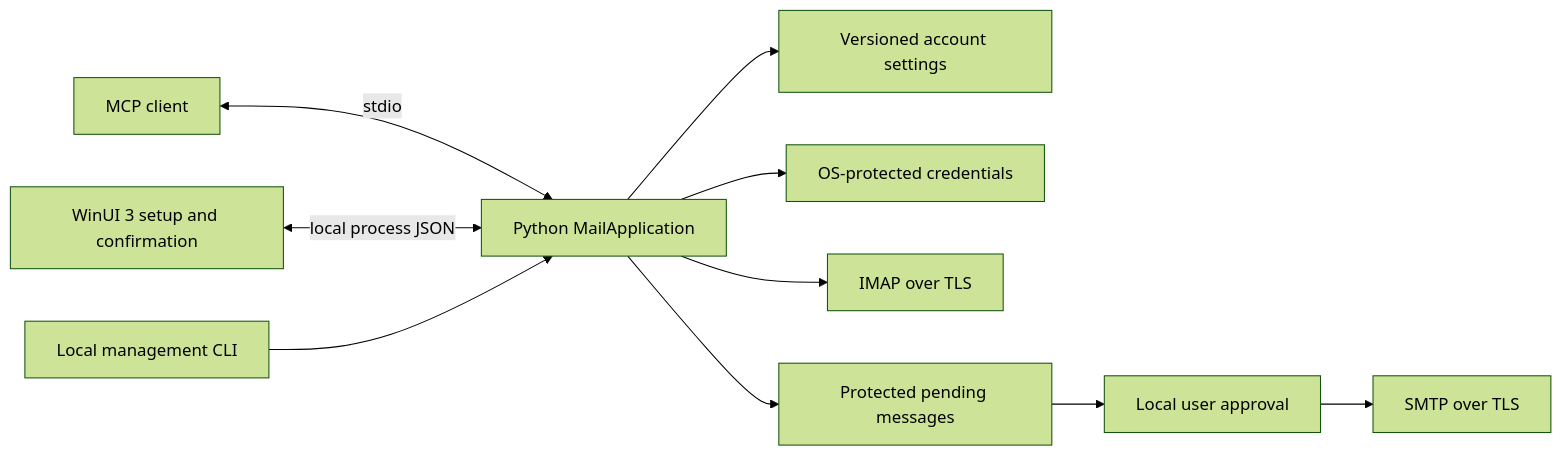
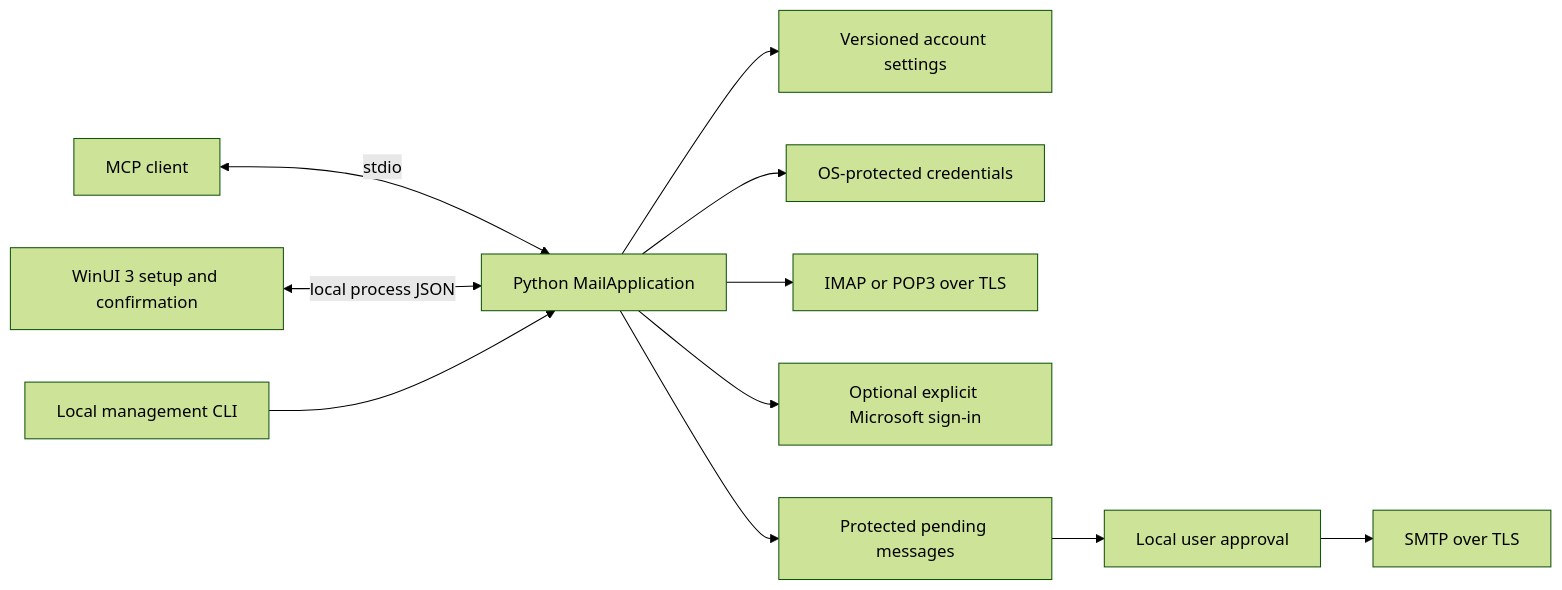
The diagram in docs/ARCHITECTURE.md (umbertotechnopreneur/AgentInbox), drawn with Mermaid (forest theme) before and after one commit. The commit also changed other lines of this file and 26 other files, not shown here.

Commit message:
Document mail protocols and explicit Microsoft authentication [skip ci]

````diff
--- a/docs/ARCHITECTURE.md
+++ b/docs/ARCHITECTURE.md
@@ -7,12 +7,13 @@
 ```mermaid
 flowchart LR
     CLIENT[MCP client] <-->|stdio| PY[Python MailApplication]
     UI[WinUI 3 setup and confirmation] <-->|local process JSON| PY
     CLI[Local management CLI] --> PY
     PY --> CONFIG[Versioned account settings]
     PY --> VAULT[OS-protected credentials]
-    PY --> IMAP[IMAP over TLS]
+    PY --> MAIL[IMAP or POP3 over TLS]
+    PY --> AUTH[Optional explicit Microsoft sign-in]
     PY --> PENDING[Protected pending messages]
     PENDING --> REVIEW[Local user approval]
     REVIEW --> SMTP[SMTP over TLS]
 ```
````
